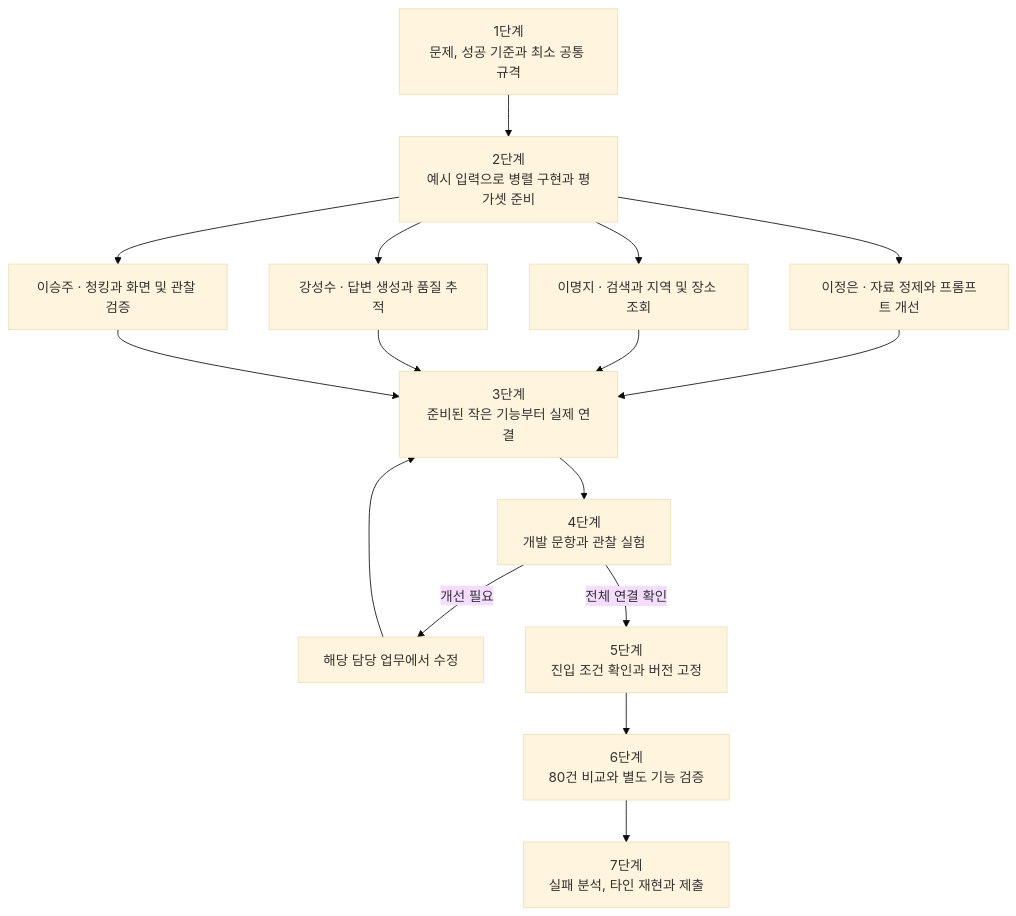
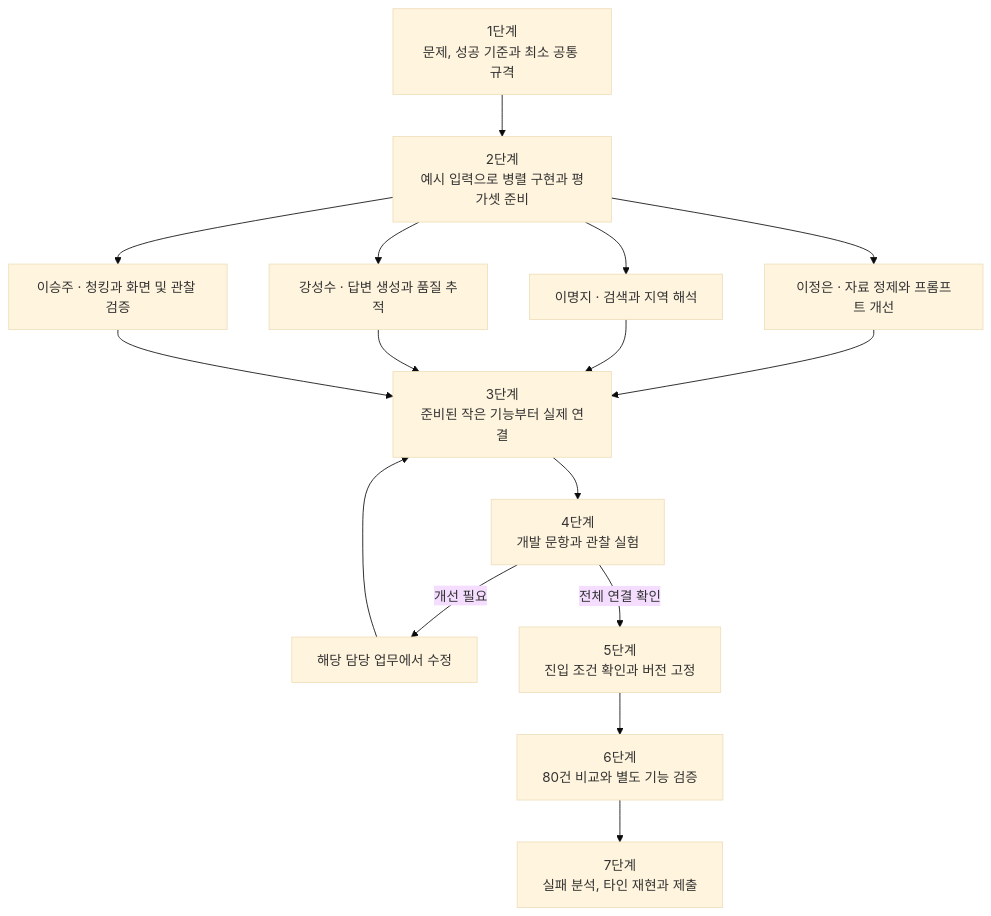
The diagram in ROADMAP.md (kssk3/best-driver-rag-project), drawn with Mermaid (base theme) before and after one commit. The commit also changed other lines of this file and 5 other files, not shown here.

````diff
--- a/ROADMAP.md
+++ b/ROADMAP.md
@@ -62,21 +62,21 @@
 ```mermaid
 flowchart TB
     A["1단계<br/>문제, 성공 기준과 최소 공통 규격"]
     B["2단계<br/>예시 입력으로 병렬 구현과 평가셋 준비"]
     D["이정은 · 자료 정제와 프롬프트 개선"]
-    R["이명지 · 검색과 지역 및 장소 조회"]
+    R["이명지 · 검색과 지역 해석"]
     G["강성수 · 답변 생성과 품질 추적"]
     U["이승주 · 청킹과 화면 및 관찰 검증"]
     I["3단계<br/>준비된 작은 기능부터 실제 연결"]
     V["4단계<br/>개발 문항과 관찰 실험"]
     X["해당 담당 업무에서 수정"]
     F["5단계<br/>진입 조건 확인과 버전 고정"]
     E["6단계<br/>80건 비교와 별도 기능 검증"]
     H["7단계<br/>실패 분석, 타인 재현과 제출"]
     A --> B
     B --> D & R & G & U
     D & R & G & U --> I
     I --> V
     V -->|개선 필요| X --> I
     V -->|전체 연결 확인| F --> E --> H
 ```
````
